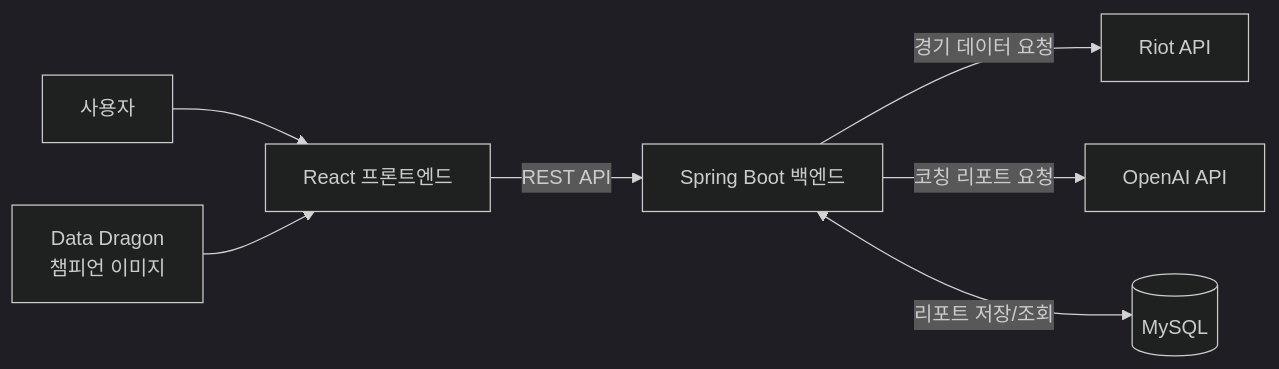
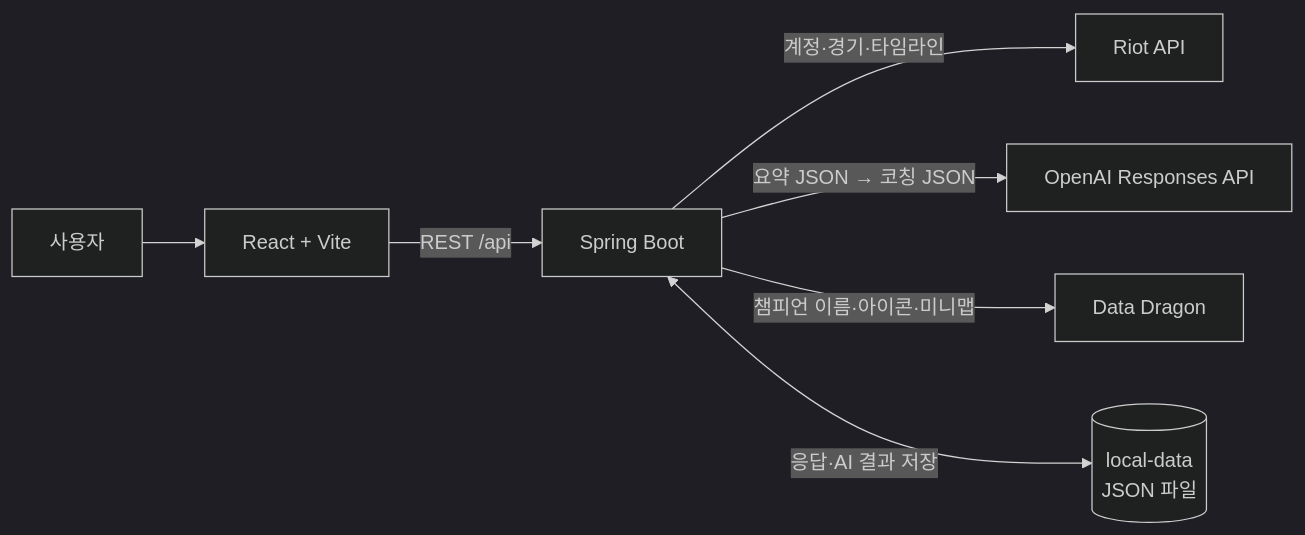
Before and after one commit to leejiseong20/topsiya: the diagram in README.md, drawn with Mermaid (dark theme). The commit also changed other lines of this file and 15 other files, not shown here.

````diff
--- a/README.md
+++ b/README.md
@@ -48,9 +47,9 @@
 ```mermaid
 flowchart LR
-    U[사용자] --> FE[React 프론트엔드]
-    FE -->|REST API| BE[Spring Boot 백엔드]
-    BE -->|경기 데이터 요청| RIOT[Riot API]
-    BE -->|코칭 리포트 요청| AI[OpenAI API]
-    BE <-->|리포트 저장/조회| DB[(MySQL)]
-    DD[Data Dragon<br/>챔피언 이미지] --> FE
+    U[사용자] --> FE[React + Vite]
+    FE -->|REST /api| BE[Spring Boot]
+    BE -->|계정·경기·타임라인| RIOT[Riot API]
+    BE -->|요약 JSON → 코칭 JSON| AI[OpenAI Responses API]
+    BE -->|챔피언 이름·아이콘·미니맵| DD[Data Dragon]
+    BE <-->|응답·AI 결과 저장| FS[(local-data<br/>JSON 파일)]
 ```
````
